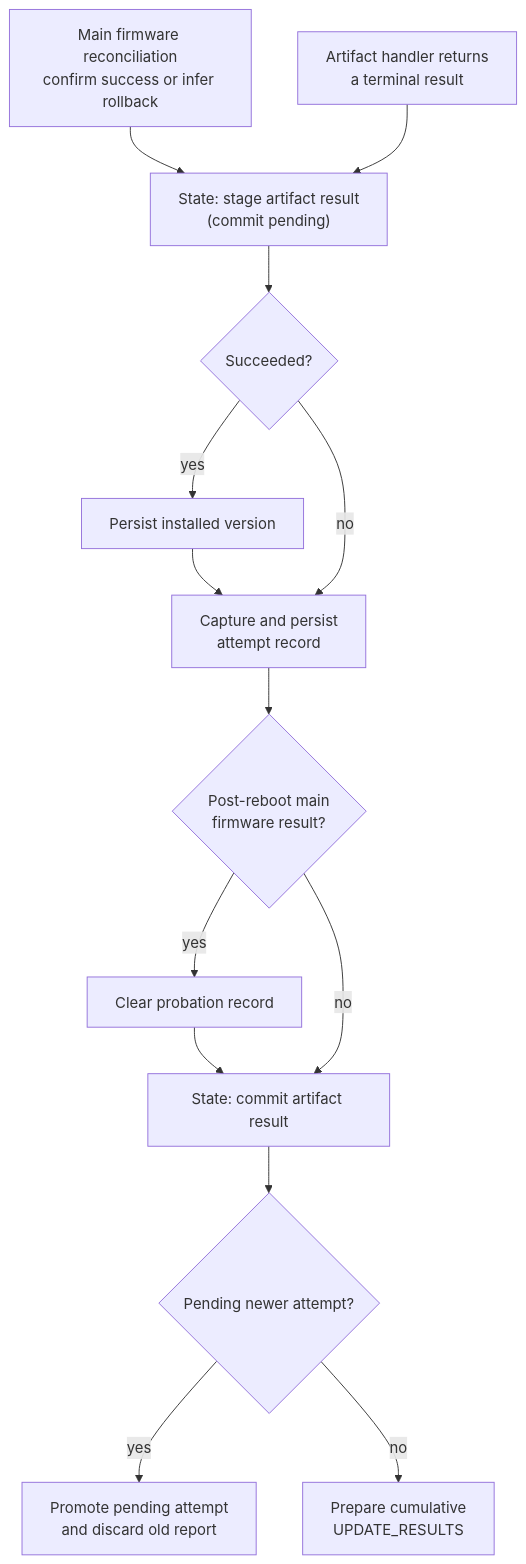
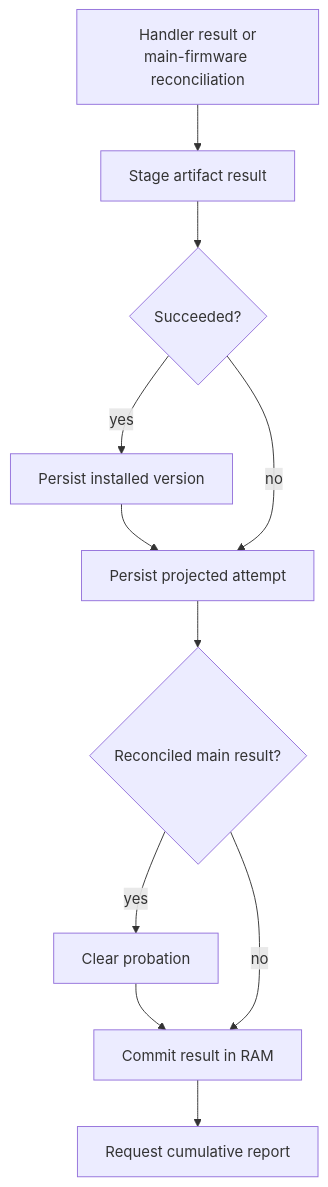
Before and after one commit to spotflow-io/device-sdk: the tenth of 10 diagrams in zephyr/docs/ota.md, drawn with Mermaid. The commit also changed other lines of this file, not shown here.

````diff
--- a/zephyr/docs/ota.md
+++ b/zephyr/docs/ota.md
@@ -731,27 +601,20 @@
 ```mermaid
 flowchart TD
-    reconcile["Main firmware reconciliation\nconfirm success or infer rollback"]
-    handler["Artifact handler returns\na terminal result"]
-    stage["State: stage artifact result\n(commit pending)"]
+    source["Handler result or<br/>main-firmware reconciliation"]
+    stage["Stage artifact result"]
     version{"Succeeded?"}
     saveVersion["Persist installed version"]
-    saveAttempt["Capture and persist\nattempt record"]
-    probation{"Post-reboot main\nfirmware result?"}
-    clearProbation["Clear probation record"]
-    commit["State: commit artifact result"]
-    next{"Pending newer attempt?"}
-    promote["Promote pending attempt\nand discard old report"]
-    report["Prepare cumulative\nUPDATE_RESULTS"]
+    saveAttempt["Persist projected attempt"]
+    probation{"Reconciled main result?"}
+    clear["Clear probation"]
+    commit["Commit result in RAM"]
+    report["Request cumulative report"]
 
-    reconcile --> stage
-    handler --> stage
-    stage --> version
+    source --> stage --> version
     version -- yes --> saveVersion --> saveAttempt
     version -- no --> saveAttempt
     saveAttempt --> probation
-    probation -- yes --> clearProbation --> commit
+    probation -- yes --> clear --> commit
     probation -- no --> commit
-    commit --> next
-    next -- yes --> promote
-    next -- no --> report
+    commit --> report
 ```
````
